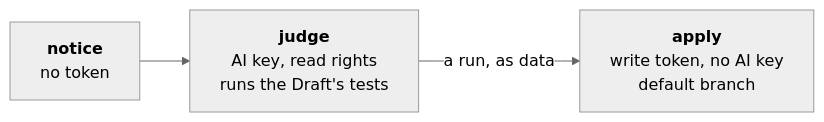
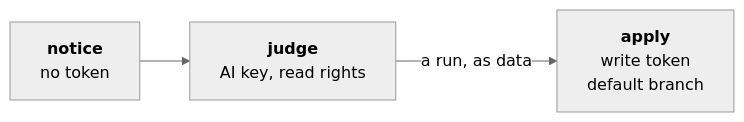
Before and after one commit to JN0V/workline: the diagram in docs/objection-jobs.md, drawn with Mermaid (neutral theme). The commit also changed other lines of this file and 55 other files, not shown here.

````diff
--- a/docs/objection-jobs.md
+++ b/docs/objection-jobs.md
@@ -12,7 +24,7 @@
 ```mermaid
 flowchart LR
   notice["<b>notice</b><br/>no token"]
-  judge["<b>judge</b><br/>AI key, read rights<br/>runs the Draft's tests"]
-  apply["<b>apply</b><br/>write token, no AI key<br/>default branch"]
+  judge["<b>judge</b><br/>AI key, read rights"]
+  apply["<b>apply</b><br/>write token<br/>default branch"]
   notice --> judge -- "a run, as data" --> apply
 ```
````
